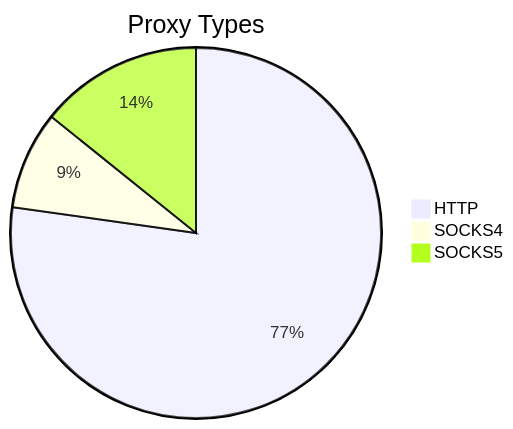
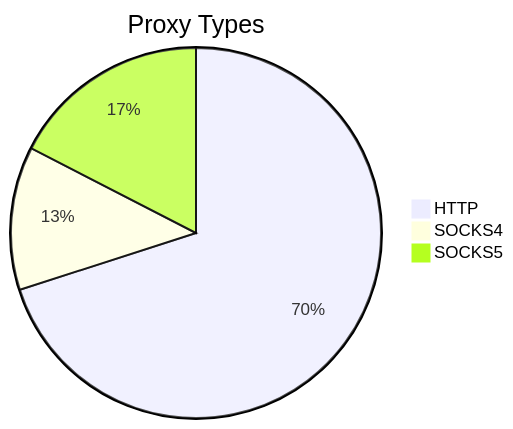
Before and after one commit to stormsia/proxy-list: the first of 2 diagrams in README.md, drawn with Mermaid. The commit also changed other lines of this file, not shown here.

````diff
--- a/README.md
+++ b/README.md
@@ -21,6 +21,6 @@
 ```mermaid
 pie title Proxy Types
-    "HTTP" : 668
-    "SOCKS4" : 74
-    "SOCKS5" : 123
+    "HTTP" : 526
+    "SOCKS4" : 94
+    "SOCKS5" : 131
 ```
````
